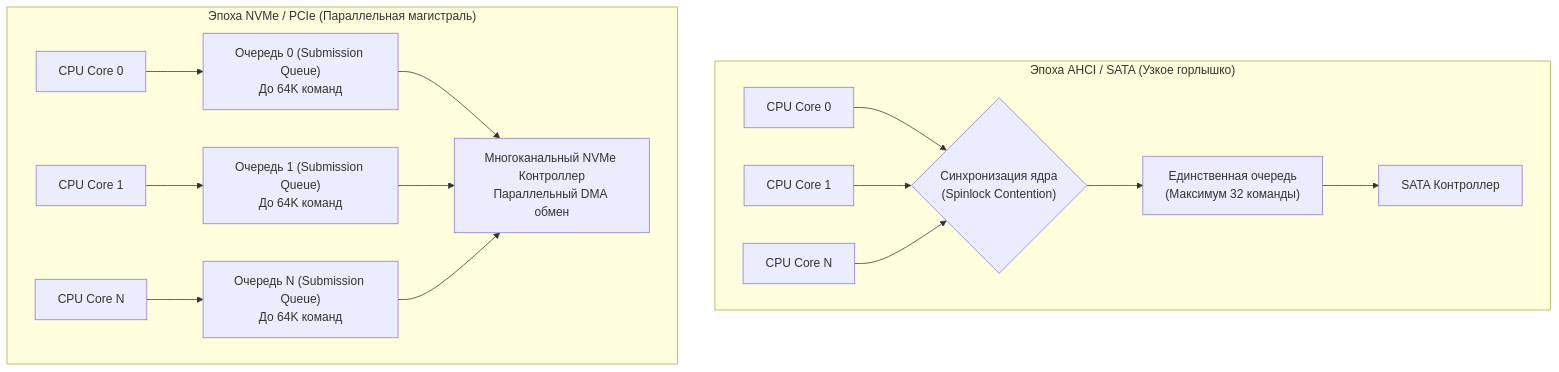
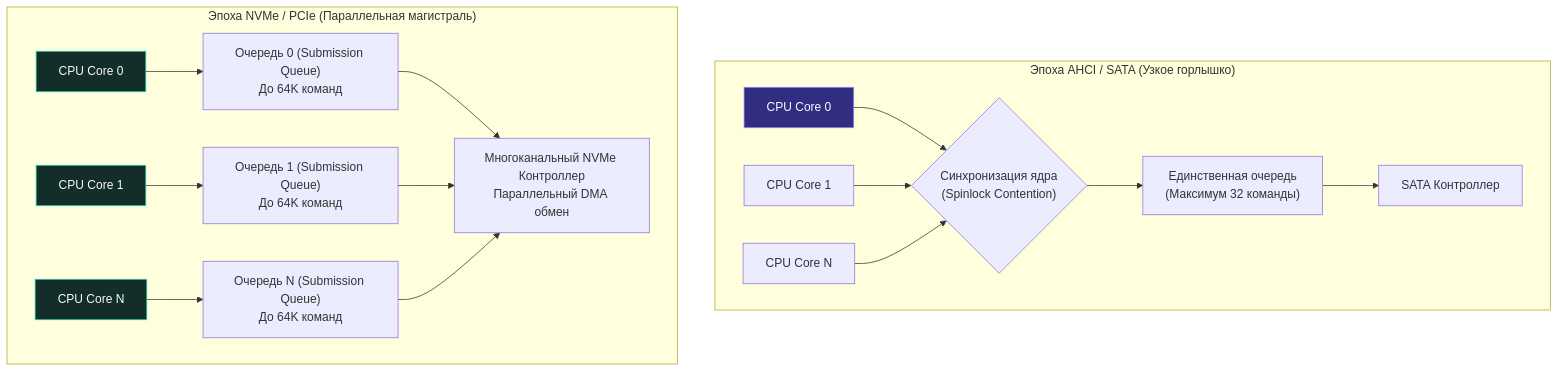
The diagram in sources/1. Архитектура компьютера/37. SSD, NVMe и почему современные диски такие быстрые.md (UnrealTemplier/go-textbook), drawn with Mermaid before and after one commit. The commit also changed 1666 other files, not shown here.

First line of the commit message:
feat(mermaid): add semantic color classDef to 1369 colorless flowchart/graph diagrams

````diff
--- a/sources/1. Архитектура компьютера/37. SSD, NVMe и почему современные диски такие быстрые.md
+++ b/sources/1. Архитектура компьютера/37. SSD, NVMe и почему современные диски такие быстрые.md
@@ -115,15 +115,25 @@
 ```mermaid
 flowchart TD
+    classDef process  fill:#1e293b,stroke:#38bdf8,stroke-width:1px,color:#f8fafc
+    classDef success  fill:#064e3b,stroke:#34d399,stroke-width:1px,color:#f8fafc
+    classDef error    fill:#7f1d1d,stroke:#f87171,stroke-width:1px,color:#f8fafc
+    classDef warning  fill:#78350f,stroke:#fbbf24,stroke-width:1px,color:#f8fafc
+    classDef entry    fill:#1e3a5f,stroke:#38bdf8,stroke-width:2px,color:#f8fafc
+    classDef aux      fill:#334155,stroke:#64748b,stroke-width:1px,color:#f8fafc
+    classDef system   fill:#312e81,stroke:#a78bfa,stroke-width:1px,color:#f8fafc
+    classDef data     fill:#132d29,stroke:#2dd4bf,stroke-width:1px,color:#f8fafc
+    classDef network  fill:#881337,stroke:#fb7185,stroke-width:1px,color:#f8fafc
+    classDef accent   fill:#1e1b4b,stroke:#818cf8,stroke-width:1px,color:#f8fafc
     subgraph AHCI_SATA ["Эпоха AHCI / SATA (Узкое горлышко)"]
-        CPU1["CPU Core 0"] & CPU2["CPU Core 1"] & CPUN["CPU Core N"] --> LOCK{"Синхронизация ядра<br>(Spinlock Contention)"}
+        CPU1["CPU Core 0"]:::system & CPU2["CPU Core 1"] & CPUN["CPU Core N"] --> LOCK{"Синхронизация ядра<br>(Spinlock Contention)"}
         LOCK --> Q1["Единственная очередь<br>(Максимум 32 команды)"]
         Q1 --> SATA["SATA Контроллер"]
     end
     
     subgraph NVMe_PCIe ["Эпоха NVMe / PCIe (Параллельная магистраль)"]
-        CPU_0["CPU Core 0"] --> SQ0["Очередь 0 (Submission Queue)<br>До 64K команд"]
-        CPU_1["CPU Core 1"] --> SQ1["Очередь 1 (Submission Queue)<br>До 64K команд"]
-        CPU_N["CPU Core N"] --> SQN["Очередь N (Submission Queue)<br>До 64K команд"]
+        CPU_0["CPU Core 0"]:::data --> SQ0["Очередь 0 (Submission Queue)<br>До 64K команд"]
+        CPU_1["CPU Core 1"]:::data --> SQ1["Очередь 1 (Submission Queue)<br>До 64K команд"]
+        CPU_N["CPU Core N"]:::data --> SQN["Очередь N (Submission Queue)<br>До 64K команд"]
         SQ0 & SQ1 & SQN --> NVMe_CTRL["Многоканальный NVMe Контроллер<br>Параллельный DMA обмен"]
     end
 ```
````
